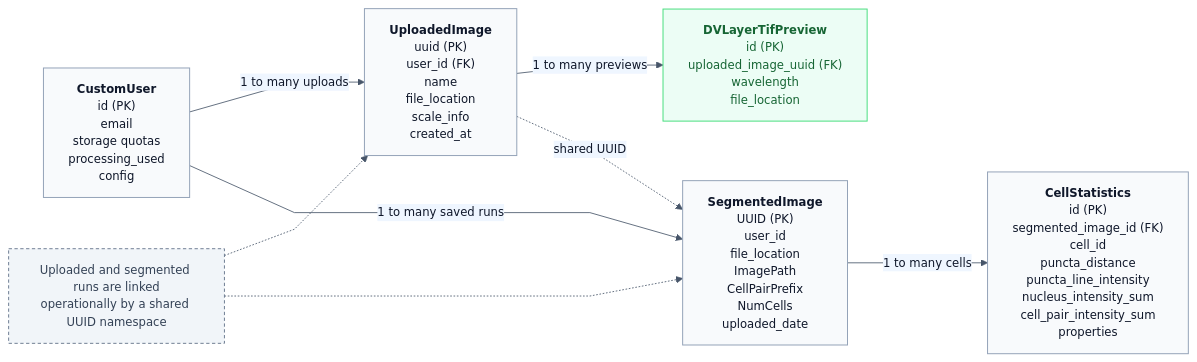
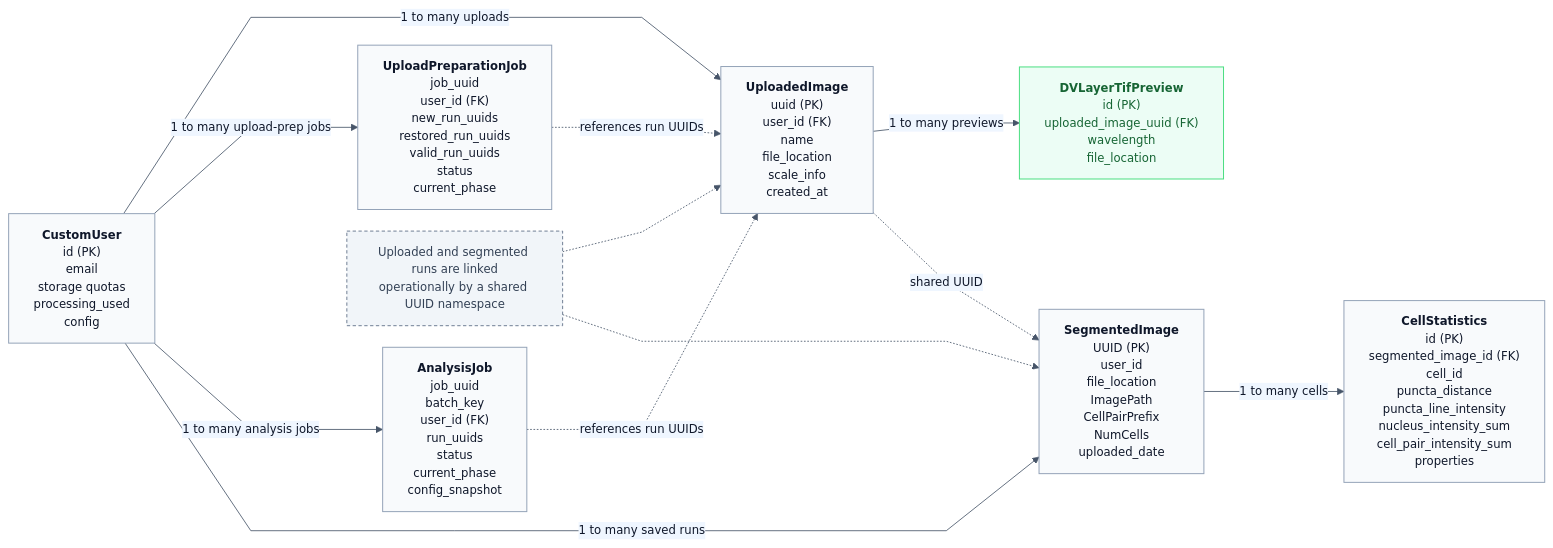
One commit to BrentLagesse/CytoCV changed the diagram in docs/diagrams/11-data-model.mmd. Above: the diagram before and after it, drawn with Mermaid. The commit also changed other lines of this file and 23 other files, not shown here.

```diff
--- a/docs/diagrams/11-data-model.mmd
+++ b/docs/diagrams/11-data-model.mmd
@@ -1,24 +1,30 @@
 %%{init: {"theme":"base","themeVariables":{"background":"#ffffff","primaryColor":"#f8fafc","primaryBorderColor":"#94a3b8","primaryTextColor":"#0f172a","secondaryColor":"#eff6ff","tertiaryColor":"#eef2ff","lineColor":"#475569","fontFamily":"Helvetica","fontSize":"14px"},"flowchart":{"htmlLabels":true,"curve":"linear","nodeSpacing":26,"rankSpacing":38}}}%%
 flowchart LR
     classDef entity fill:#f8fafc,stroke:#94a3b8,color:#0f172a,stroke-width:1.2px;
     classDef support fill:#ecfdf5,stroke:#4ade80,color:#166534,stroke-width:1.2px;
     classDef note fill:#f1f5f9,stroke:#64748b,color:#334155,stroke-width:1.1px,stroke-dasharray: 4 3;
 
     user["<b>CustomUser</b><br/>id (PK)<br/>email<br/>storage quotas<br/>processing_used<br/>config"]
     upload["<b>UploadedImage</b><br/>uuid (PK)<br/>user_id (FK)<br/>name<br/>file_location<br/>scale_info<br/>created_at"]
+    upload_job["<b>UploadPreparationJob</b><br/>job_uuid<br/>user_id (FK)<br/>new_run_uuids<br/>restored_run_uuids<br/>valid_run_uuids<br/>status<br/>current_phase"]
+    analysis_job["<b>AnalysisJob</b><br/>job_uuid<br/>batch_key<br/>user_id (FK)<br/>run_uuids<br/>status<br/>current_phase<br/>config_snapshot"]
     preview["<b>DVLayerTifPreview</b><br/>id (PK)<br/>uploaded_image_uuid (FK)<br/>wavelength<br/>file_location"]
     result["<b>SegmentedImage</b><br/>UUID (PK)<br/>user_id<br/>file_location<br/>ImagePath<br/>CellPairPrefix<br/>NumCells<br/>uploaded_date"]
     stats["<b>CellStatistics</b><br/>id (PK)<br/>segmented_image_id (FK)<br/>cell_id<br/>puncta_distance<br/>puncta_line_intensity<br/>nucleus_intensity_sum<br/>cell_pair_intensity_sum<br/>properties"]
     uuid_link["Uploaded and segmented runs are linked<br/>operationally by a shared UUID namespace"]
 
     user -- "1 to many uploads" --> upload
+    user -- "1 to many upload-prep jobs" --> upload_job
+    user -- "1 to many analysis jobs" --> analysis_job
+    upload_job -. "references run UUIDs" .-> upload
+    analysis_job -. "references run UUIDs" .-> upload
     upload -- "1 to many previews" --> preview
     user -- "1 to many saved runs" --> result
     result -- "1 to many cells" --> stats
     upload -. "shared UUID" .-> result
     uuid_link -.-> upload
     uuid_link -.-> result
 
-    class user,upload,result,stats entity
+    class user,upload,upload_job,analysis_job,result,stats entity
     class preview support
     class uuid_link note
```
